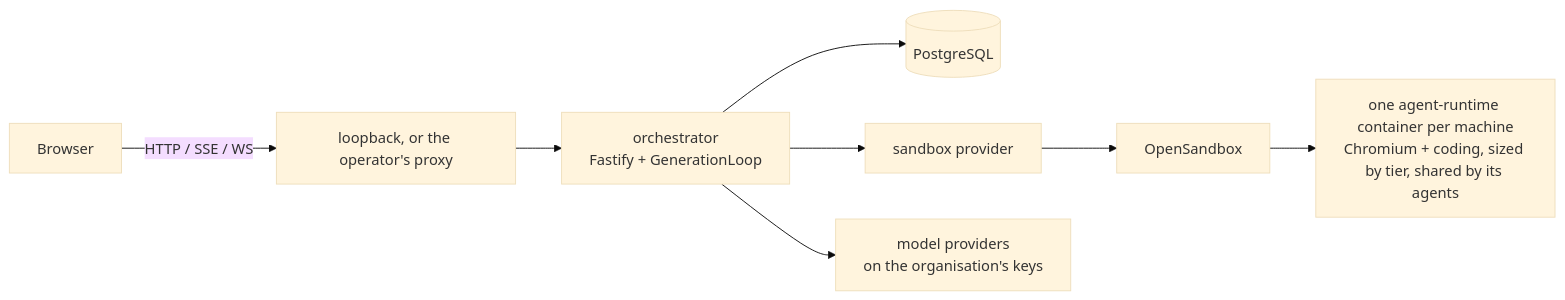
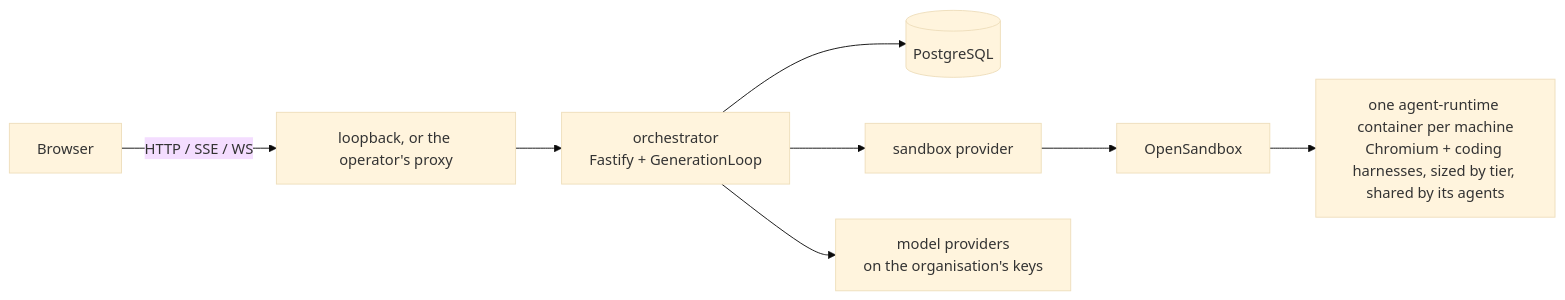
One commit to CigaleAI/guilds changed the diagram in docs/architecture/code-map.md. Above: the diagram before and after it, drawn with Mermaid (base theme). The commit also changed other lines of this file and 41 other files, not shown here.

First line of the commit message:
Describe code work as a subscription agent's harness turn in its repositories, without Kimi Code

````diff
--- a/docs/architecture/code-map.md
+++ b/docs/architecture/code-map.md
@@ -6,10 +6,10 @@
 ```mermaid
 flowchart LR
   Browser["Browser"] -->|HTTP / SSE / WS| Ingress["loopback, or the operator's proxy"]
   Ingress --> Orch["orchestrator<br/>Fastify + GenerationLoop"]
   Orch --> PG[(PostgreSQL)]
   Orch --> Place["sandbox provider"]
   Place --> OS[OpenSandbox]
   Orch --> LLM[model providers<br/>on the organisation's keys]
-  OS --> Docker["one agent-runtime container per machine<br/>Chromium + coding, sized by tier, shared by its agents"]
+  OS --> Docker["one agent-runtime container per machine<br/>Chromium + coding harnesses, sized by tier, shared by its agents"]
 ```
````
